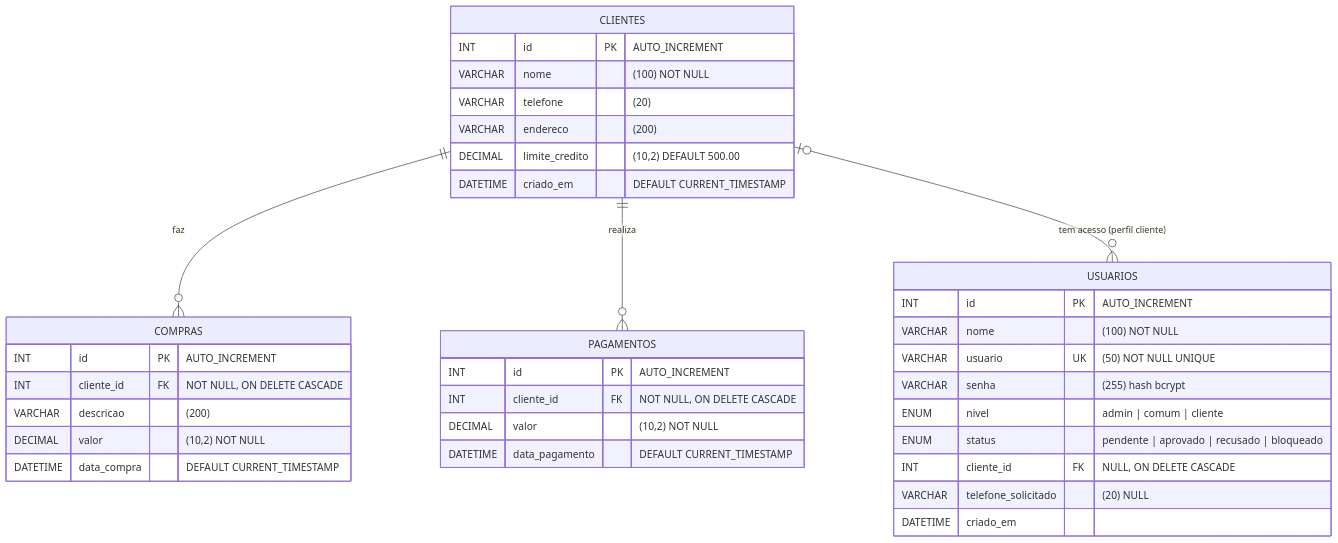
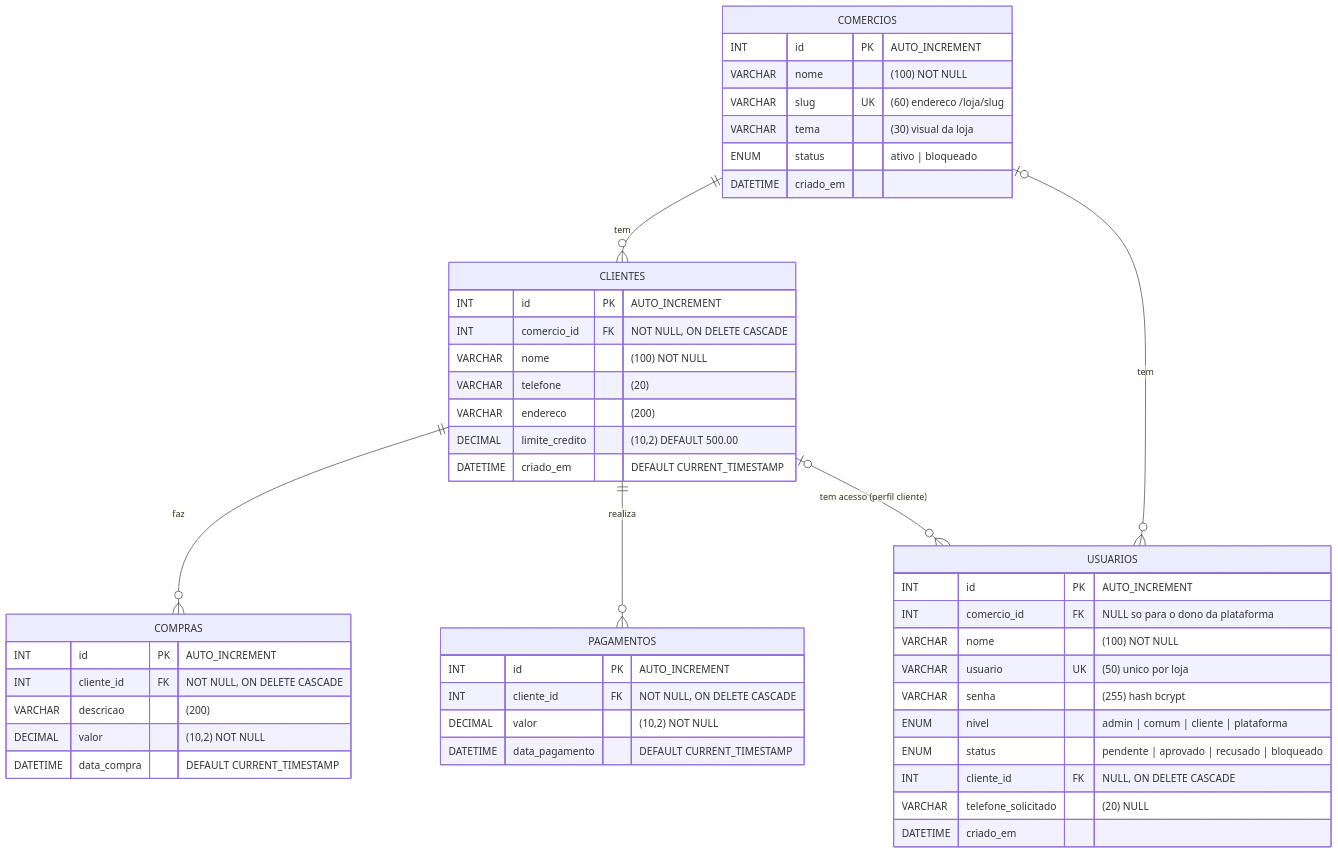
Before and after one commit to matheuswilton/Sistema-de-Fiado: the first of 9 diagrams in docs/DIAGRAMAS.md, drawn with Mermaid. The commit also changed other lines of this file and 5 other files, not shown here.

Commit message:
Documentacao: varias lojas, diagrama do banco com a tabela de lojas e roteiro da demonstracao

````diff
--- a/docs/DIAGRAMAS.md
+++ b/docs/DIAGRAMAS.md
@@ -12,39 +12,51 @@
 ```mermaid
 erDiagram
+    COMERCIOS ||--o{ CLIENTES : "tem"
+    COMERCIOS |o--o{ USUARIOS : "tem"
     CLIENTES ||--o{ COMPRAS : "faz"
     CLIENTES ||--o{ PAGAMENTOS : "realiza"
     CLIENTES |o--o{ USUARIOS : "tem acesso (perfil cliente)"
 
+    COMERCIOS {
+        INT id PK "AUTO_INCREMENT"
+        VARCHAR nome "(100) NOT NULL"
+        VARCHAR slug UK "(60) endereco /loja/slug"
+        VARCHAR tema "(30) visual da loja"
+        ENUM status "ativo | bloqueado"
+        DATETIME criado_em
+    }
     CLIENTES {
         INT id PK "AUTO_INCREMENT"
+        INT comercio_id FK "NOT NULL, ON DELETE CASCADE"
         VARCHAR nome "(100) NOT NULL"
         VARCHAR telefone "(20)"
         VARCHAR endereco "(200)"
         DECIMAL limite_credito "(10,2) DEFAULT 500.00"
         DATETIME criado_em "DEFAULT CURRENT_TIMESTAMP"
     }
     USUARIOS {
         INT id PK "AUTO_INCREMENT"
+        INT comercio_id FK "NULL so para o dono da plataforma"
         VARCHAR nome "(100) NOT NULL"
-        VARCHAR usuario UK "(50) NOT NULL UNIQUE"
+        VARCHAR usuario UK "(50) unico por loja"
         VARCHAR senha "(255) hash bcrypt"
-        ENUM nivel "admin | comum | cliente"
+        ENUM nivel "admin | comum | cliente | plataforma"
         ENUM status "pendente | aprovado | recusado | bloqueado"
         INT cliente_id FK "NULL, ON DELETE CASCADE"
         VARCHAR telefone_solicitado "(20) NULL"
         DATETIME criado_em
     }
     COMPRAS {
         INT id PK "AUTO_INCREMENT"
         INT cliente_id FK "NOT NULL, ON DELETE CASCADE"
         VARCHAR descricao "(200)"
         DECIMAL valor "(10,2) NOT NULL"
         DATETIME data_compra "DEFAULT CURRENT_TIMESTAMP"
     }
     PAGAMENTOS {
         INT id PK "AUTO_INCREMENT"
         INT cliente_id FK "NOT NULL, ON DELETE CASCADE"
         DECIMAL valor "(10,2) NOT NULL"
         DATETIME data_pagamento "DEFAULT CURRENT_TIMESTAMP"
     }
 ```
````
